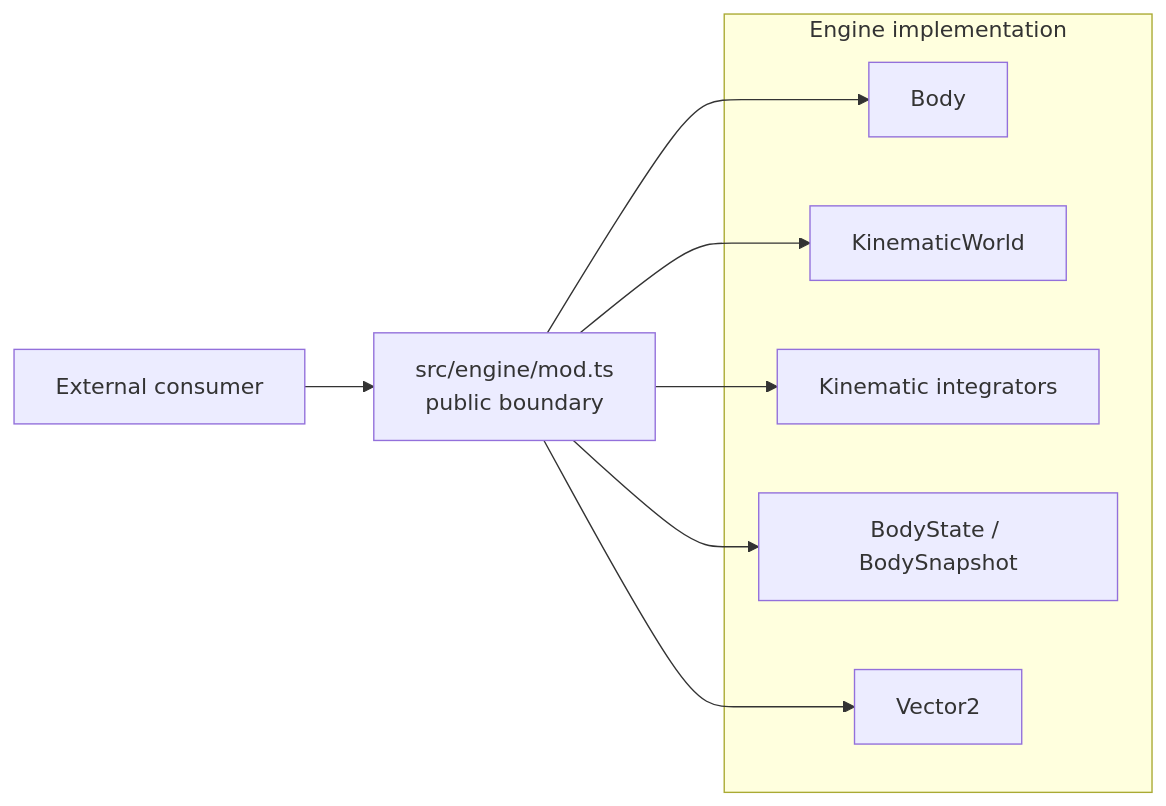
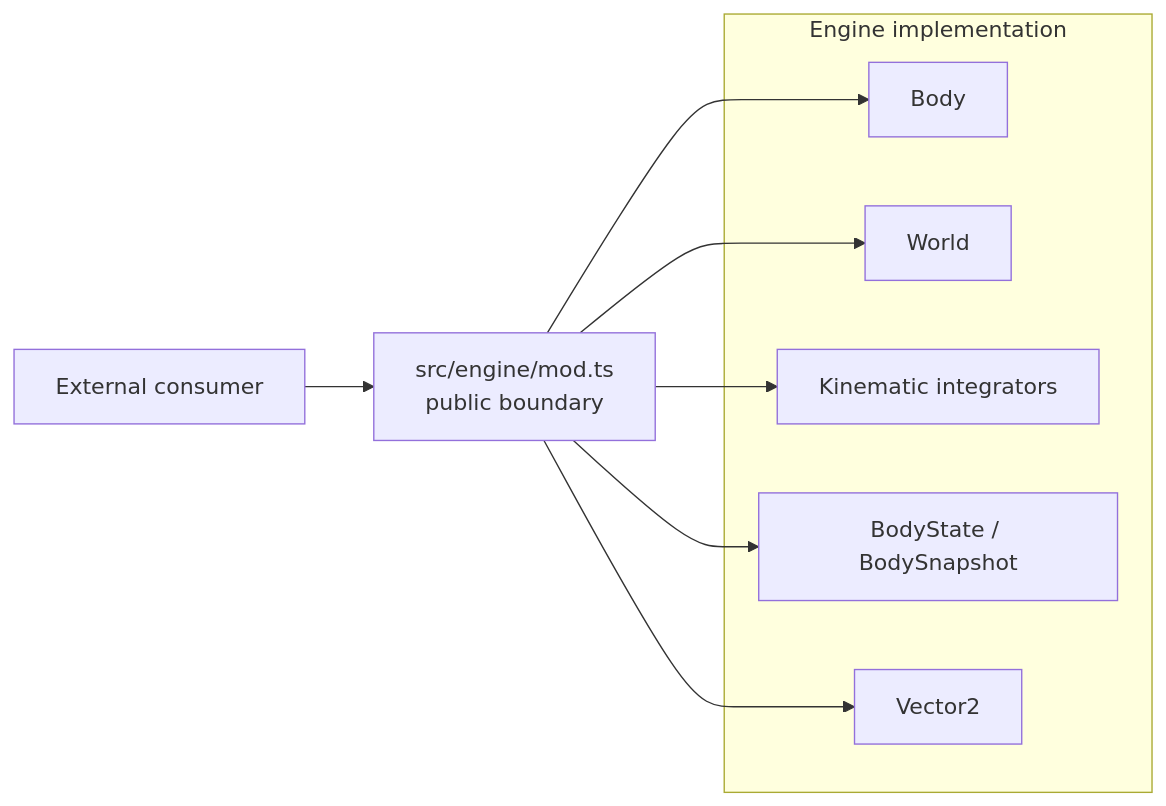
Before and after one commit to fa-ribeiro/vLab2D: the fourth of 21 diagrams in docs/architecture/README.md, drawn with Mermaid. The commit also changed other lines of this file and 12 other files, not shown here.

````diff
--- a/docs/architecture/README.md
+++ b/docs/architecture/README.md
@@ -149,21 +149,21 @@
 ```mermaid
 flowchart LR
     EXT["External consumer"]
     API["src/engine/mod.ts<br/>public boundary"]
 
     subgraph INTERNAL["Engine implementation"]
         BODY["Body"]
-        WORLD["KinematicWorld"]
+        WORLD["World"]
         INT["Kinematic integrators"]
         STATE["BodyState / BodySnapshot"]
         VEC["Vector2"]
     end
 
     EXT --> API
 
     API --> BODY
     API --> WORLD
     API --> INT
     API --> STATE
     API --> VEC
 ```
````
